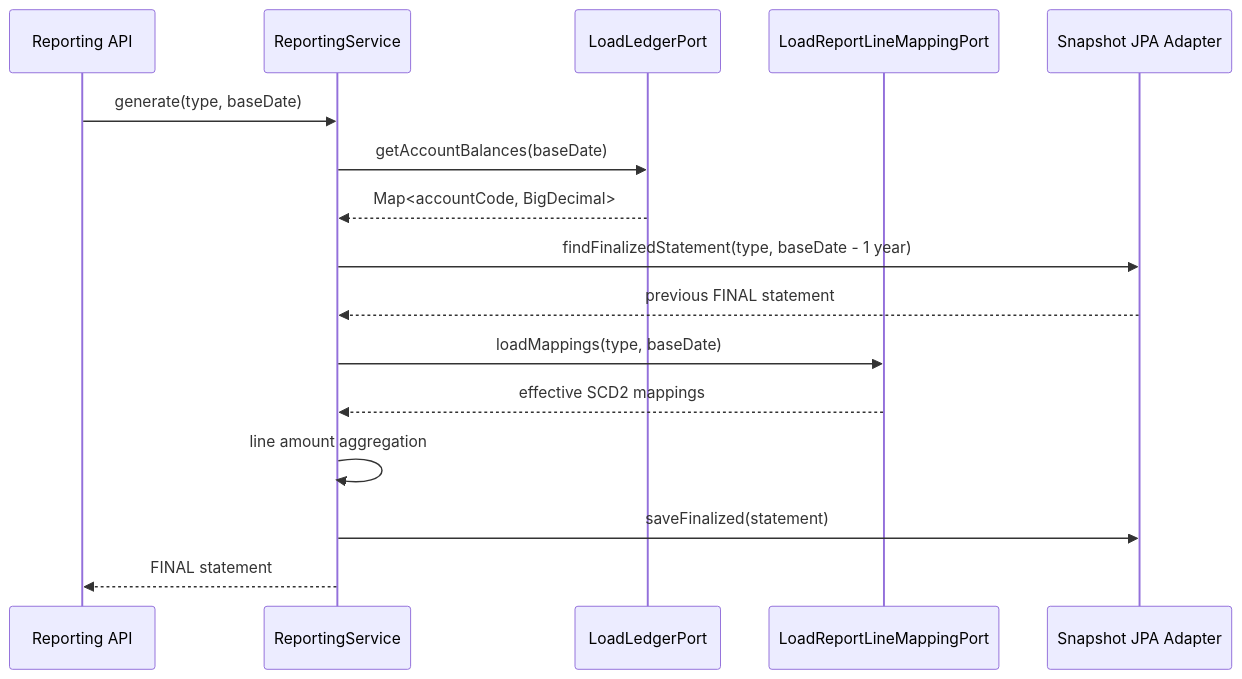
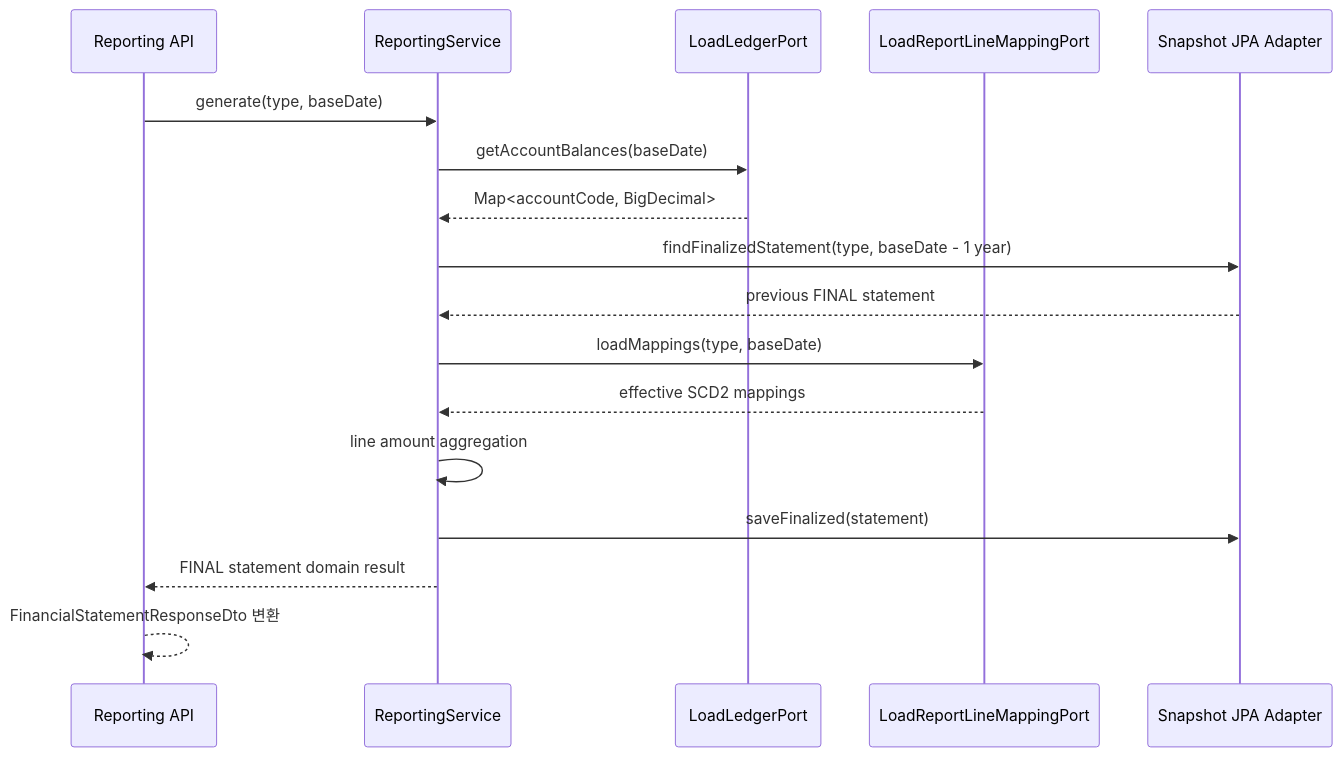
The first of 5 diagrams in reporting/docs/process-flow.md (skyg547/account), drawn with Mermaid before and after one commit. The commit also changed other lines of this file and 82 other files, not shown here.

````diff
--- a/reporting/docs/process-flow.md
+++ b/reporting/docs/process-flow.md
@@ -5,19 +5,20 @@
 ```mermaid
 sequenceDiagram
     participant API as Reporting API
     participant Service as ReportingService
     participant Ledger as LoadLedgerPort
     participant Mapping as LoadReportLineMappingPort
     participant Snapshot as Snapshot JPA Adapter
 
     API->>Service: generate(type, baseDate)
     Service->>Ledger: getAccountBalances(baseDate)
     Ledger-->>Service: Map<accountCode, BigDecimal>
     Service->>Snapshot: findFinalizedStatement(type, baseDate - 1 year)
     Snapshot-->>Service: previous FINAL statement
     Service->>Mapping: loadMappings(type, baseDate)
     Mapping-->>Service: effective SCD2 mappings
     Service->>Service: line amount aggregation
     Service->>Snapshot: saveFinalized(statement)
-    Service-->>API: FINAL statement
+    Service-->>API: FINAL statement domain result
+    API-->>API: FinancialStatementResponseDto 변환
 ```
````
